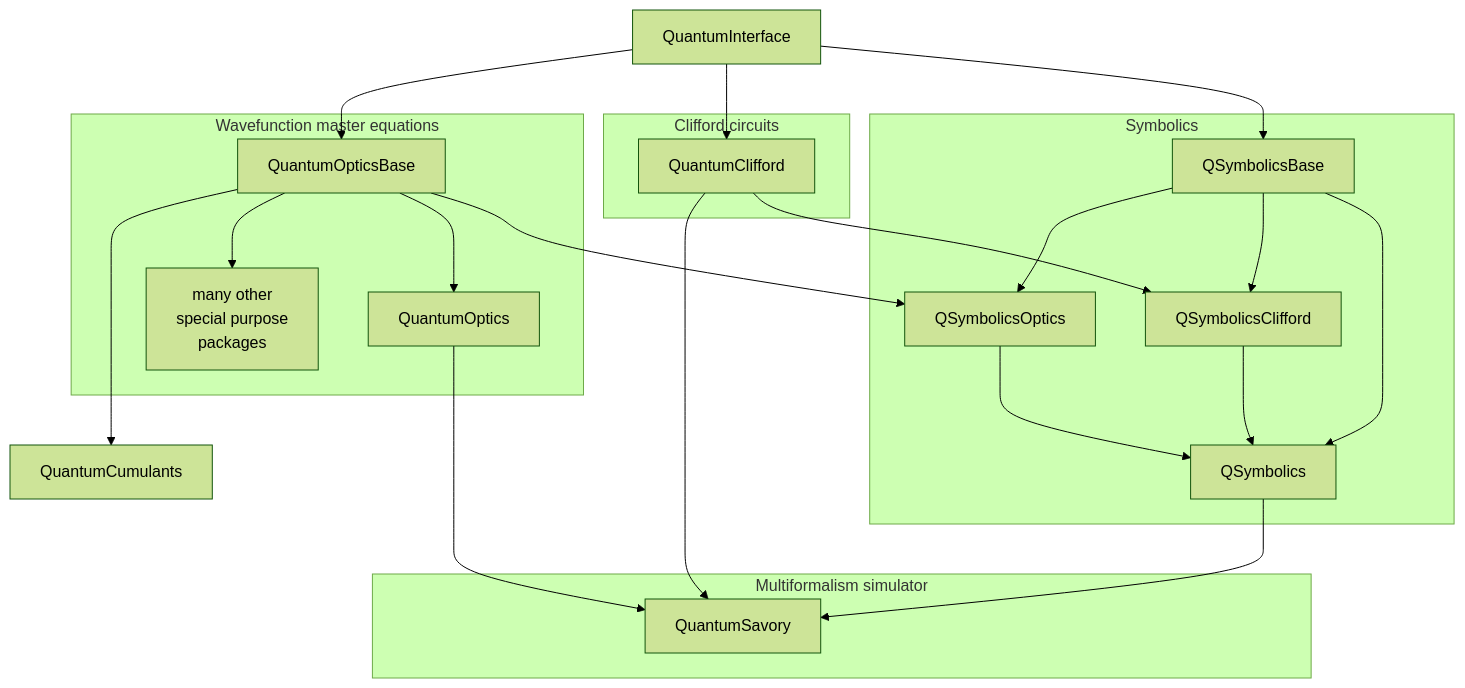
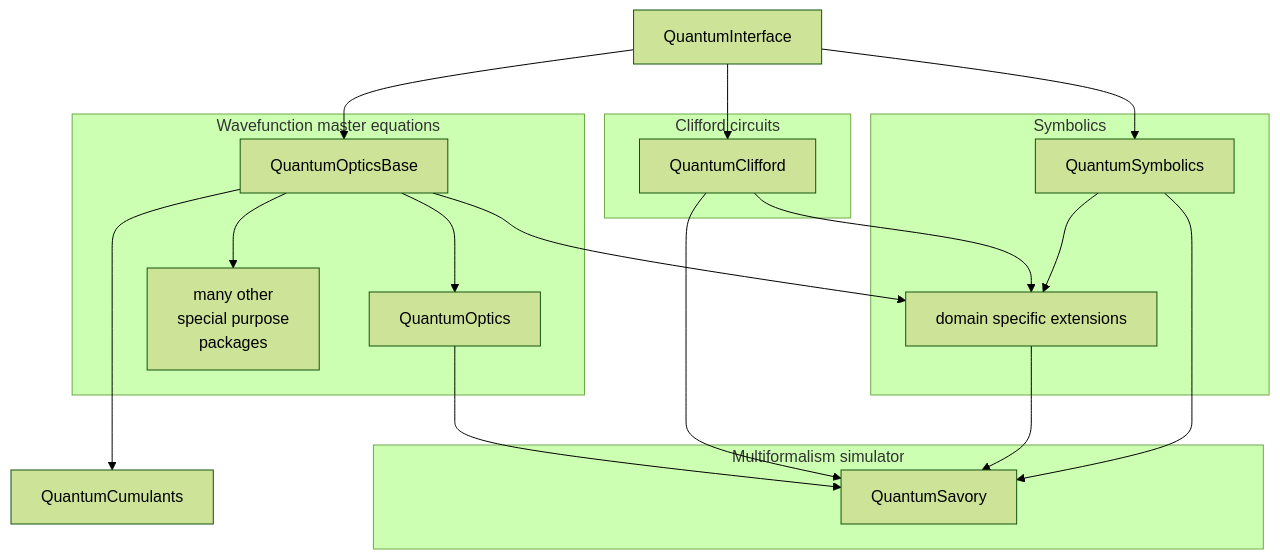
The diagram in README.md (qojulia/QuantumInterface.jl), drawn with Mermaid (forest theme) before and after one commit. The commit also changed other lines of this file and 1 other file, not shown here.

Commit message:
update readme and changelog

````diff
--- a/README.md
+++ b/README.md
@@ -18,34 +18,29 @@
 ```mermaid
 graph TD
     QuantumInterface --> QuantumOpticsBase
     QuantumInterface --> QuantumClifford
-    QuantumInterface --> QSymbolicsBase
-    QSymbolicsBase --> QSymbolicsOptics
+    QuantumInterface --> QuantumSymbolics
     QuantumClifford --> QuantumSavory
-    QuantumClifford --> QSymbolicsClifford
-    QSymbolicsBase --> QSymbolicsClifford
-    QSymbolicsBase --> QSymbolics
-    QSymbolicsClifford --> QSymbolics
-    QSymbolicsOptics --> QSymbolics
+    QuantumClifford --> QSymbolicsExtensions
     subgraph "Symbolics"
-       QSymbolicsBase
-       QSymbolicsOptics
-       QSymbolicsClifford
-       QSymbolics
+       QuantumSymbolics
+       QSymbolicsExtensions[domain specific extensions]
     end
+    QuantumSymbolics --> QSymbolicsExtensions[domain specific extensions]
     subgraph "Clifford circuits"
        QuantumClifford
     end
     QuantumOpticsBase ---> QuantumCumulants
     subgraph "Wavefunction master equations"
         QuantumOpticsBase --> qob_others[many other<br>special purpose<br>packages]
         QuantumOptics
     end
     QuantumOpticsBase --> QuantumOptics
-    QuantumOpticsBase --> QSymbolicsOptics
+    QuantumOpticsBase --> QSymbolicsExtensions
     subgraph "Multiformalism simulator"
         QuantumSavory
     end
     QuantumOptics --> QuantumSavory
-    QSymbolics --> QuantumSavory
+    QuantumSymbolics --> QuantumSavory
+    QSymbolicsExtensions --> QuantumSavory
 ```
````
